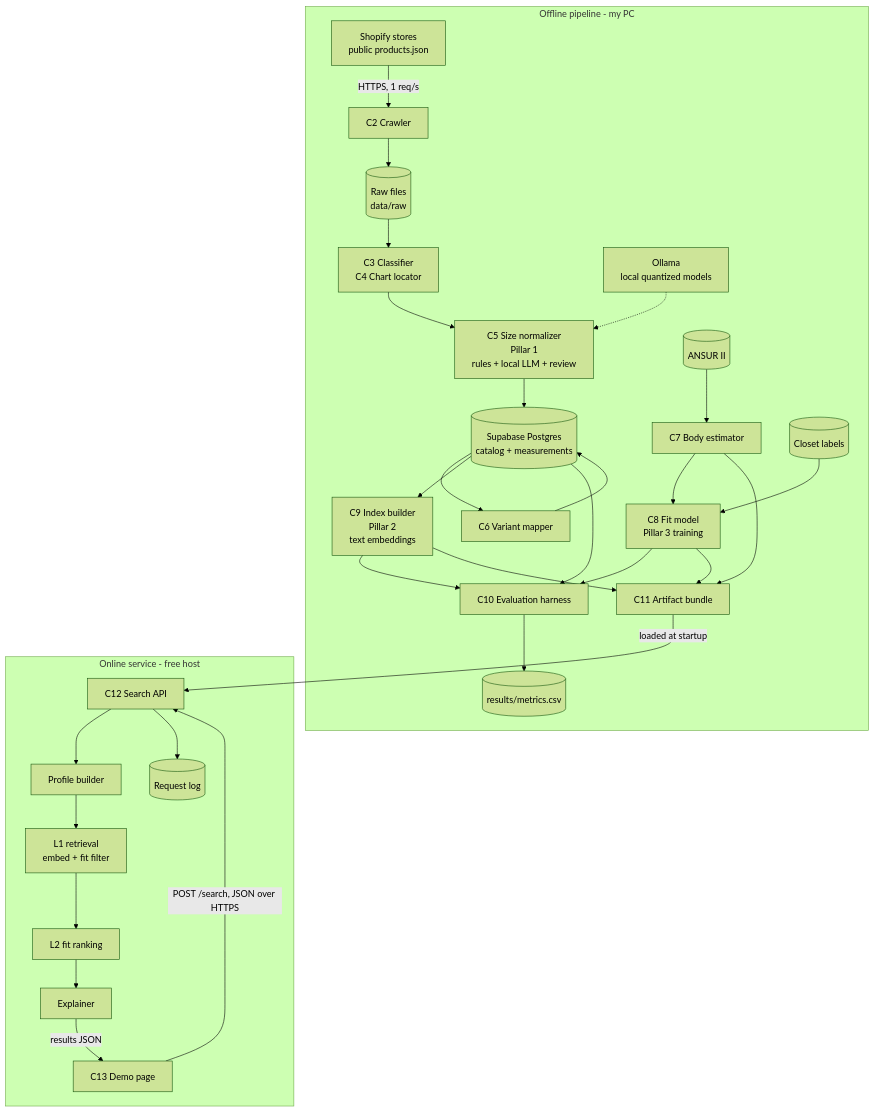
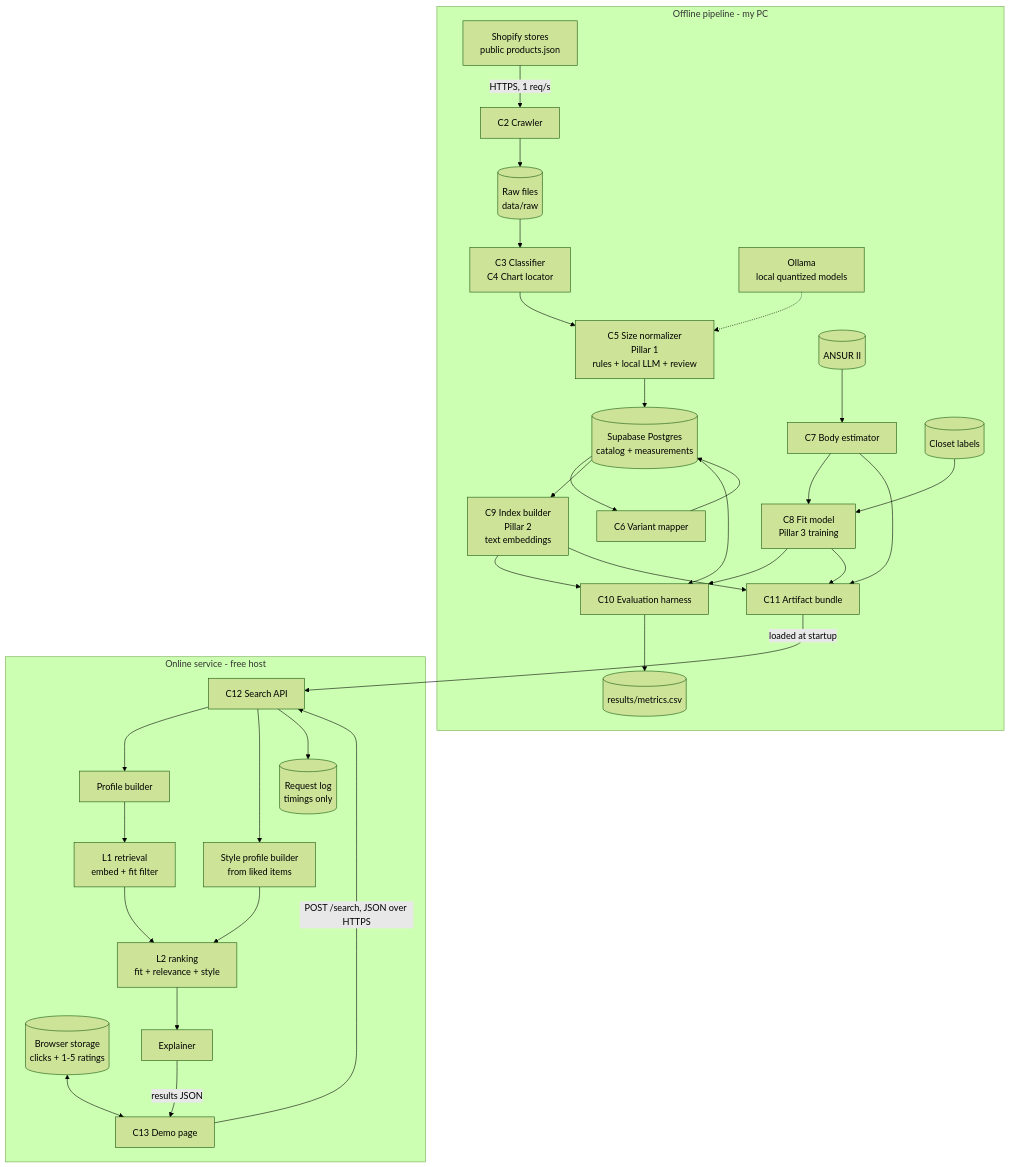
One commit to S-Kapadia/Ai-Clothing-Recommendation changed the diagram in docs/HLD.md. Above: the diagram before and after it, drawn with Mermaid (forest theme). The commit also changed other lines of this file and 2 other files, not shown here.

````diff
--- a/docs/HLD.md
+++ b/docs/HLD.md
@@ -37,34 +38,37 @@
 ```mermaid
 flowchart TB
   subgraph OFF["Offline pipeline - my PC"]
     S["Shopify stores<br/>public products.json"] -->|HTTPS, 1 req/s| CR["C2 Crawler"]
     CR --> RAW[("Raw files<br/>data/raw")]
     RAW --> CL["C3 Classifier<br/>C4 Chart locator"]
     CL --> NORM["C5 Size normalizer<br/>Pillar 1<br/>rules + local LLM + review"]
     LLM["Ollama<br/>local quantized models"] -.-> NORM
     NORM --> DB[("Supabase Postgres<br/>catalog + measurements")]
     DB --> MAP["C6 Variant mapper"]
     MAP --> DB
     ANSUR[("ANSUR II")] --> BODY["C7 Body estimator"]
     CLOSET[("Closet labels")] --> FIT["C8 Fit model<br/>Pillar 3 training"]
     BODY --> FIT
     DB --> IDX["C9 Index builder<br/>Pillar 2<br/>text embeddings"]
     DB --> EVAL["C10 Evaluation harness"]
     FIT --> EVAL
     IDX --> EVAL
     EVAL --> CSV[("results/metrics.csv")]
     BODY --> BUN["C11 Artifact bundle"]
     FIT --> BUN
     IDX --> BUN
   end
   subgraph ON["Online service - free host"]
-    UI["C13 Demo page"] -->|POST /search, JSON over HTTPS| API["C12 Search API"]
+    LS[("Browser storage<br/>clicks + 1-5 ratings")] <--> UI["C13 Demo page"]
+    UI -->|POST /search, JSON over HTTPS| API["C12 Search API"]
     API --> PROF["Profile builder"]
+    API --> STY["Style profile builder<br/>from liked items"]
     PROF --> L1["L1 retrieval<br/>embed + fit filter"]
-    L1 --> L2["L2 fit ranking"]
+    L1 --> L2["L2 ranking<br/>fit + relevance + style"]
+    STY --> L2
     L2 --> EXP["Explainer"]
     EXP -->|results JSON| UI
-    API --> LOG[("Request log")]
+    API --> LOG[("Request log<br/>timings only")]
   end
   BUN -->|loaded at startup| API
 ```
````
